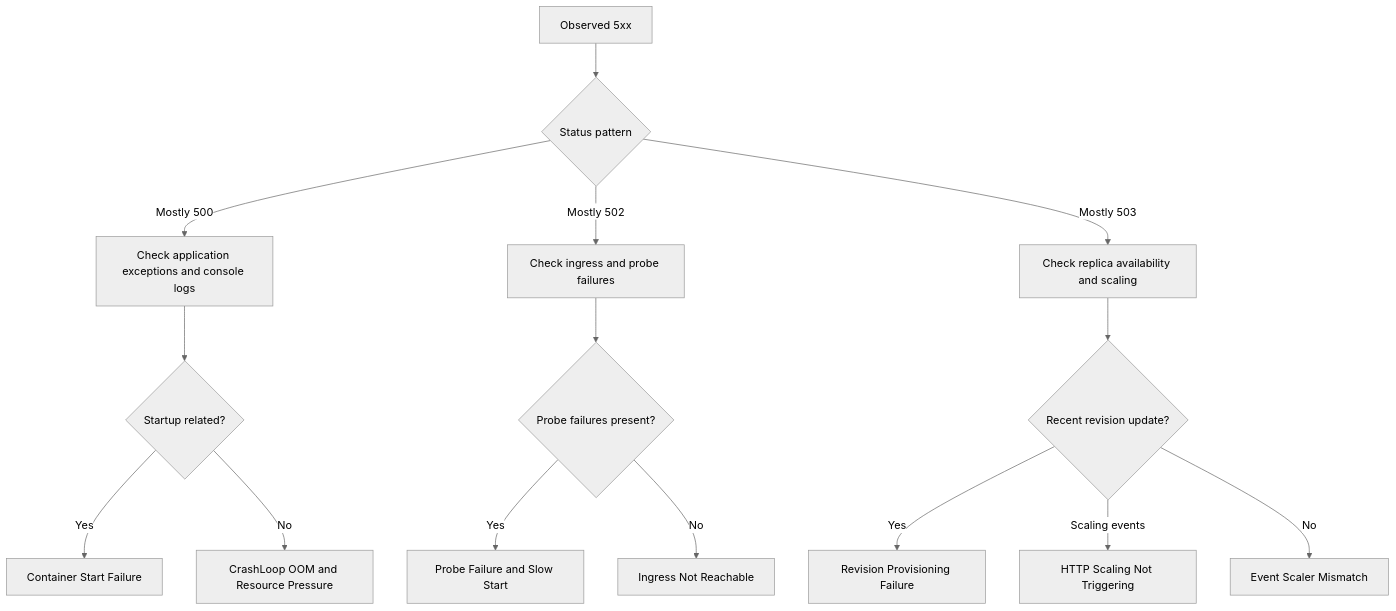
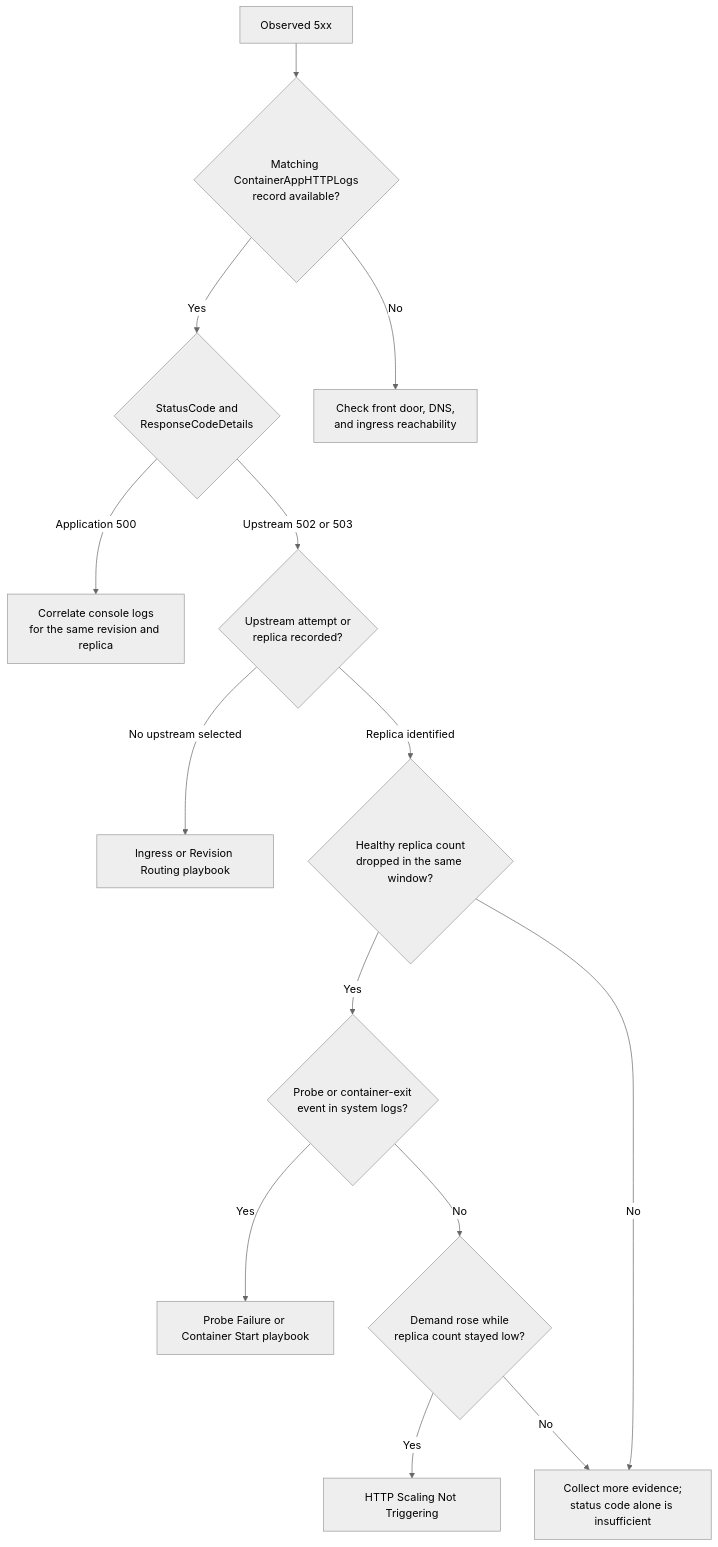
The second of 2 diagrams in docs/troubleshooting/decision-tree.md (yeongseon/azure-container-apps-practical-guide), drawn with Mermaid (neutral theme) before and after one commit. The commit also changed other lines of this file and 13 other files, not shown here.

Commit message:
docs(diagrams): migrate the Container Apps troubleshooting overview diagrams (#616)

````diff
--- a/docs/troubleshooting/decision-tree.md
+++ b/docs/troubleshooting/decision-tree.md
@@ -90,20 +97,30 @@
 ```mermaid
 flowchart TD
-    A[Observed 5xx] --> B{Status pattern}
-    B -->|Mostly 500| C[Check application exceptions and console logs]
-    B -->|Mostly 502| D[Check ingress and probe failures]
-    B -->|Mostly 503| E[Check replica availability and scaling]
+    ERROR[Observed 5xx]
+    RECORD{Matching ContainerAppHTTPLogs<br/>record available?}
+    DETAILS{StatusCode and<br/>ResponseCodeDetails}
+    NORECORD[Check front door, DNS,<br/>and ingress reachability]
+    UPSTREAM{Upstream attempt or<br/>replica recorded?}
+    APP[Correlate console logs<br/>for the same revision and replica]
+    REPLICAS{Healthy replica count<br/>dropped in the same window?}
+    PROBES{Probe or container-exit<br/>event in system logs?}
+    SCALE{Demand rose while<br/>replica count stayed low?}
+    STARTUP[Probe Failure or Container Start playbook]
+    AUTOSCALE[HTTP Scaling Not Triggering]
+    ROUTING[Ingress or Revision Routing playbook]
+    METHOD[Collect more evidence;<br/>status code alone is insufficient]
 
-    C --> F{Startup related?}
-    F -->|Yes| G[Container Start Failure]
-    F -->|No| H[CrashLoop OOM and Resource Pressure]
-
-    D --> I{Probe failures present?}
-    I -->|Yes| J[Probe Failure and Slow Start]
-    I -->|No| K[Ingress Not Reachable]
-
-    E --> L{Recent revision update?}
-    L -->|Yes| M[Revision Provisioning Failure]
-    L -->|Scaling events| N[HTTP Scaling Not Triggering]
-    L -->|No| O[Event Scaler Mismatch]
+    ERROR --> RECORD
+    RECORD -->|Yes| DETAILS
+    RECORD -->|No| NORECORD
+    DETAILS -->|Application 500| APP
+    DETAILS -->|Upstream 502 or 503| UPSTREAM
+    UPSTREAM -->|No upstream selected| ROUTING
+    UPSTREAM -->|Replica identified| REPLICAS
+    REPLICAS -->|Yes| PROBES
+    REPLICAS -->|No| METHOD
+    PROBES -->|Yes| STARTUP
+    PROBES -->|No| SCALE
+    SCALE -->|Yes| AUTOSCALE
+    SCALE -->|No| METHOD
 ```
````
